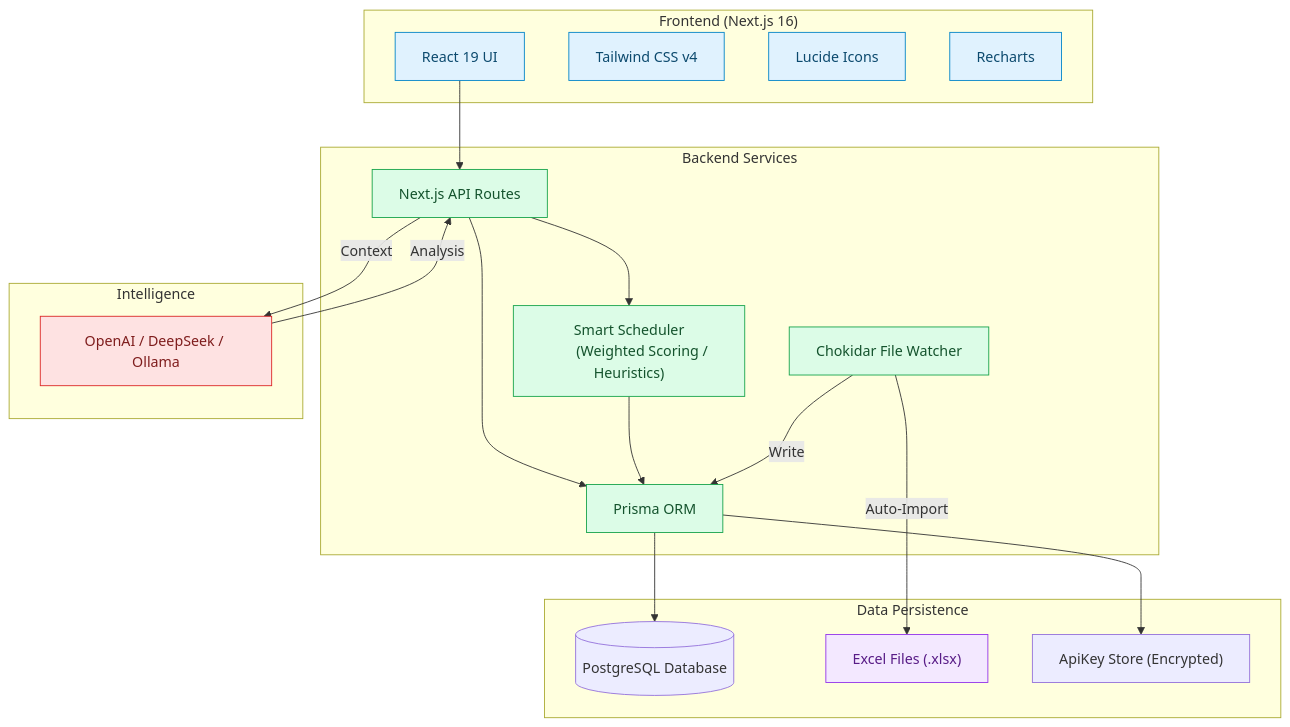
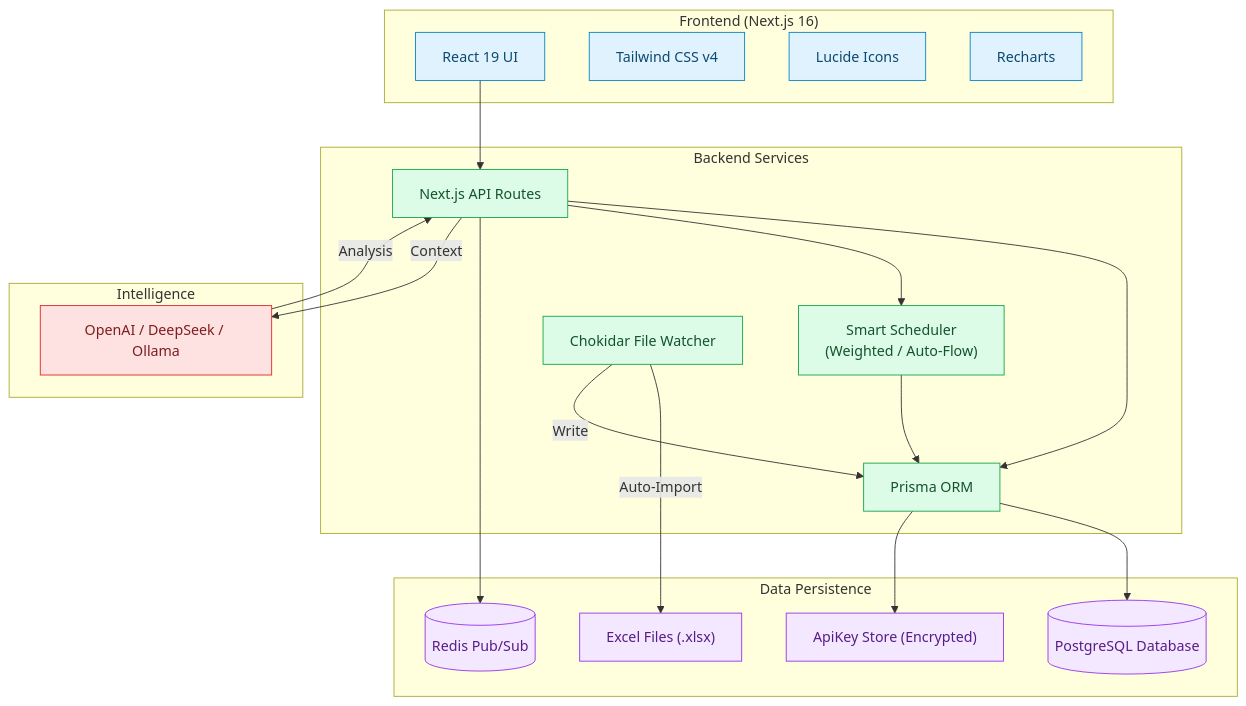
One commit to Tropical8818/iProTraX changed the second of 2 diagrams in README.md. Above: the diagram before and after it, drawn with Mermaid. The commit also changed other lines of this file and 1 other file, not shown here.

Commit message:
docs: update mermaid diagrams for Auto-Flow and Redis

````diff
--- a/README.md
+++ b/README.md
@@ -174,50 +174,52 @@
 ```mermaid
 flowchart TB
     subgraph Client ["Frontend (Next.js 16)"]
         UI[React 19 UI]
         TW[Tailwind CSS v4]
         Icon[Lucide Icons]
         Chart[Recharts]
     end
 
     subgraph Server ["Backend Services"]
         API[Next.js API Routes]
         Scheduler["Smart Scheduler
-        (Weighted Scoring / Heuristics)"]
+        (Weighted / Auto-Flow)"]
         Watcher[Chokidar File Watcher]
         Prisma[Prisma ORM]
     end
 
     subgraph Data ["Data Persistence"]
         Postgres[(PostgreSQL Database)]
+        Redis[(Redis Pub/Sub)]
         Excel["Excel Files (.xlsx)"]
         ApiKeyStore["ApiKey Store (Encrypted)"]
     end
 
     subgraph AI ["Intelligence"]
         OpenAI["OpenAI / DeepSeek / Ollama"]
     end
 
     %% Connections
     UI --> API
     API --> Prisma
     API --> Scheduler
     Scheduler --> Prisma
     Prisma --> Postgres
+    API --> Redis
     Prisma --> ApiKeyStore
     Watcher -->|Auto-Import| Excel
     Watcher -->|Write| Prisma
     API -->|Context| OpenAI
     OpenAI -->|Analysis| API
 
     %% Styling
     classDef fe fill:#e0f2fe,stroke:#0284c7,color:#0c4a6e;
     classDef be fill:#dcfce7,stroke:#16a34a,color:#14532d;
     classDef db fill:#f3e8ff,stroke:#9333ea,color:#581c87;
     classDef ai fill:#fee2e2,stroke:#dc2626,color:#7f1d1d;
 
     class UI,TW,Icon,Chart fe;
     class API,Watcher,Prisma,Scheduler be;
-    class SQLite,Excel db;
+    class SQLite,Excel,Postgres,Redis,ApiKeyStore db;
     class OpenAI ai;
 ```
````
